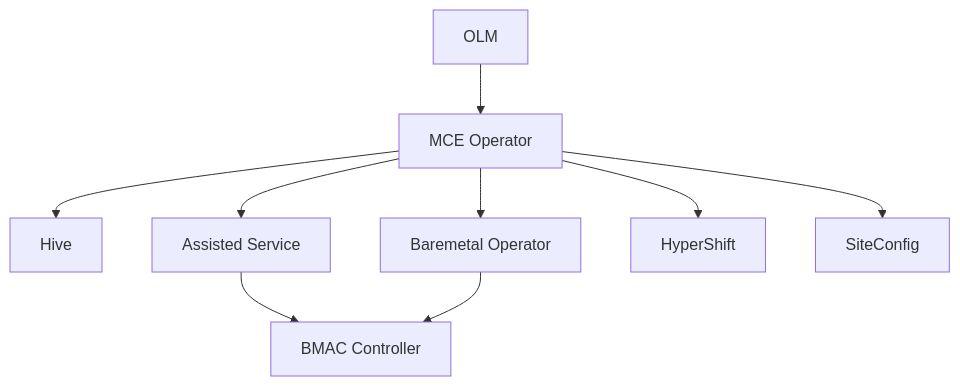
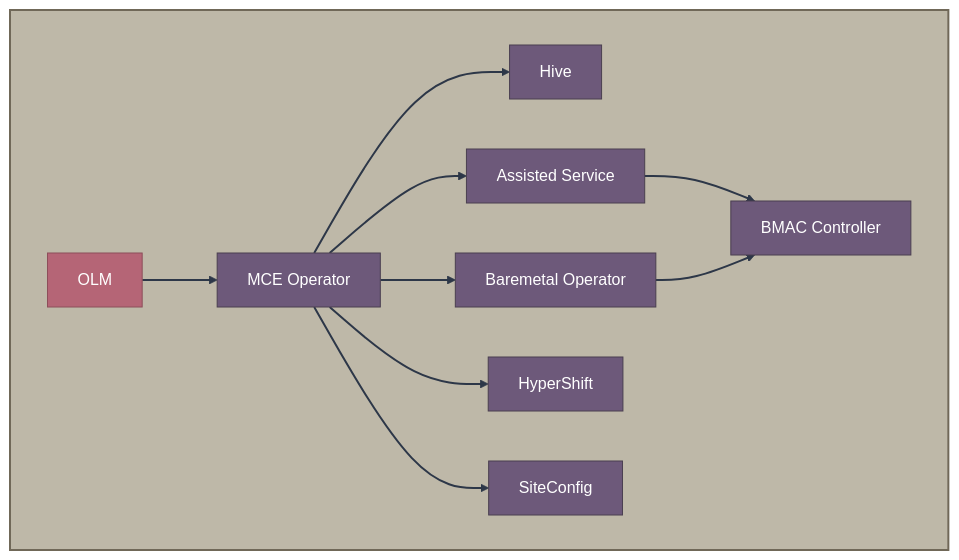
Before and after one commit to zszabo-rh/openshift-install-guide: the sixth of 7 diagrams in 07-operators-controllers/overview.md, drawn with Mermaid. The commit also changed other lines of this file and 16 other files, not shown here.

Commit message:
improved diagram style

````diff
--- a/07-operators-controllers/overview.md
+++ b/07-operators-controllers/overview.md
@@ -183,12 +235,27 @@
 ```mermaid
 graph TD
-    OLM[OLM] --> MCE[MCE Operator]
-    MCE --> HIVE[Hive]
-    MCE --> ASSISTED[Assisted Service]
-    MCE --> BMO[Baremetal Operator]
-    MCE --> HYPERSHIFT[HyperShift]
-    MCE --> SITECONFIG[SiteConfig]
+    subgraph background[" "]
+        OLM[OLM] --> MCE[MCE Operator]
+        MCE --> HIVE[Hive]
+        MCE --> ASSISTED[Assisted Service]
+        MCE --> BMO[Baremetal Operator]
+        MCE --> HYPERSHIFT[HyperShift]
+        MCE --> SITECONFIG[SiteConfig]
+        
+        ASSISTED --> BMAC[BMAC Controller]
+        BMO --> BMAC
+    end
     
-    ASSISTED --> BMAC[BMAC Controller]
-    BMO --> BMAC
+    style OLM fill:#b56576,stroke:#8d4e5a,color:#fff
+    style MCE fill:#6d597a,stroke:#4a3f50,color:#fff
+    style HIVE fill:#6d597a,stroke:#4a3f50,color:#fff
+    style ASSISTED fill:#6d597a,stroke:#4a3f50,color:#fff
+    style BMO fill:#6d597a,stroke:#4a3f50,color:#fff
+    style HYPERSHIFT fill:#6d597a,stroke:#4a3f50,color:#fff
+    style SITECONFIG fill:#6d597a,stroke:#4a3f50,color:#fff
+    style BMAC fill:#6d597a,stroke:#4a3f50,color:#fff
+    
+    style background fill:#beb8a8,stroke:#706858,stroke-width:2px,color:#2d2d2d
+    
+    linkStyle default stroke:#2d3748,stroke-width:2px
 ```
````
